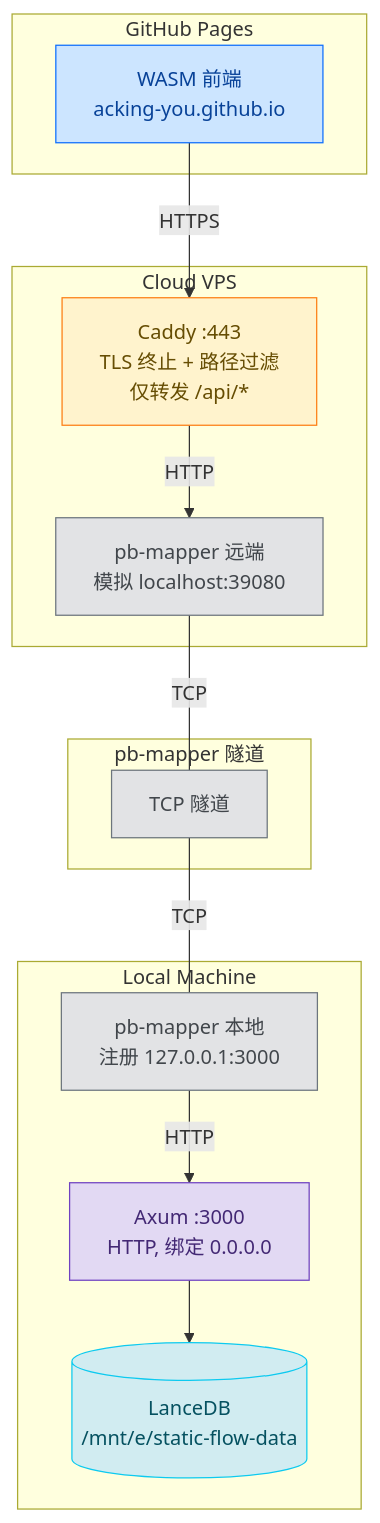
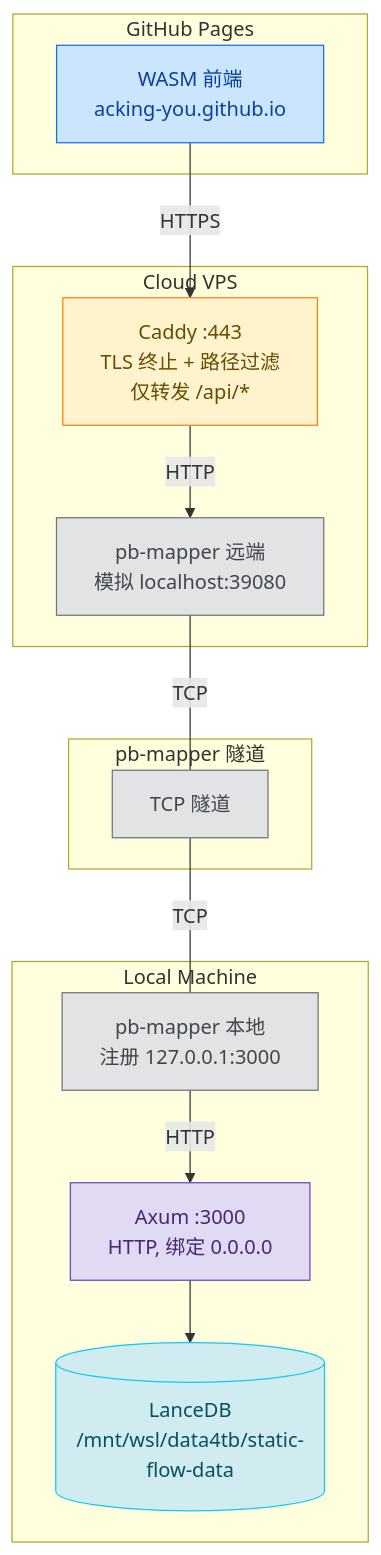
One commit to acking-you/static_flow changed the second of 4 diagrams in docs/view-trend-chart-full-stack-implementation.md. Above: the diagram before and after it, drawn with Mermaid. The commit also changed 18 other files, not shown here.

Commit message:
Add concurrent compaction test and switch docs to WSL ext4 data root

````diff
--- a/docs/view-trend-chart-full-stack-implementation.md
+++ b/docs/view-trend-chart-full-stack-implementation.md
@@ -597,37 +597,37 @@
 ```mermaid
 graph TB
     subgraph "GitHub Pages"
         FE["WASM 前端<br/>acking-you.github.io"]
     end
     subgraph "Cloud VPS"
         CADDY["Caddy :443<br/>TLS 终止 + 路径过滤<br/>仅转发 /api/*"]
         PB_REMOTE["pb-mapper 远端<br/>模拟 localhost:39080"]
     end
     subgraph "pb-mapper 隧道"
         TUNNEL["TCP 隧道"]
     end
     subgraph "Local Machine"
         PB_LOCAL["pb-mapper 本地<br/>注册 127.0.0.1:3000"]
         AXUM["Axum :3000<br/>HTTP, 绑定 0.0.0.0"]
-        LANCEDB[("LanceDB<br/>/mnt/e/static-flow-data")]
+        LANCEDB[("LanceDB<br/>/mnt/wsl/data4tb/static-flow-data")]
     end
     FE -->|"HTTPS"| CADDY
     CADDY -->|"HTTP"| PB_REMOTE
     PB_REMOTE ---|"TCP"| TUNNEL
     TUNNEL ---|"TCP"| PB_LOCAL
     PB_LOCAL -->|"HTTP"| AXUM
     AXUM --> LANCEDB
 
     classDef frontend fill:#cce5ff,stroke:#0d6efd,color:#084298
     classDef proxy fill:#fff3cd,stroke:#fd7e14,color:#664d03
     classDef tunnel fill:#e2e3e5,stroke:#6c757d,color:#41464b
     classDef backend fill:#e2d9f3,stroke:#6f42c1,color:#432874
     classDef database fill:#d1ecf1,stroke:#0dcaf0,color:#055160
 
     class FE frontend
     class CADDY proxy
     class PB_REMOTE,PB_LOCAL tunnel
     class TUNNEL tunnel
     class AXUM backend
     class LANCEDB database
 ```
````
